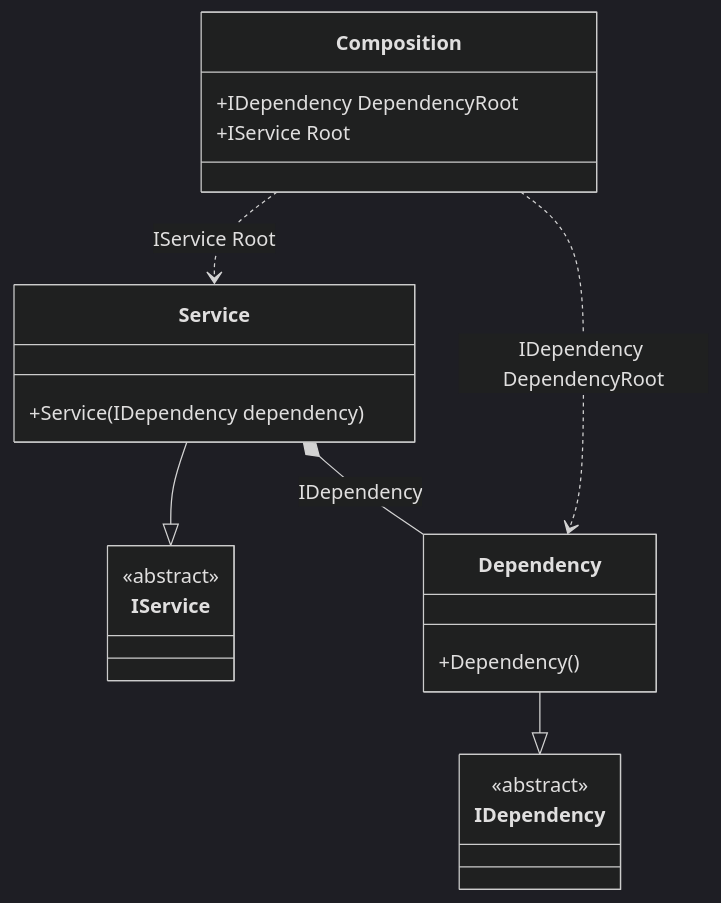
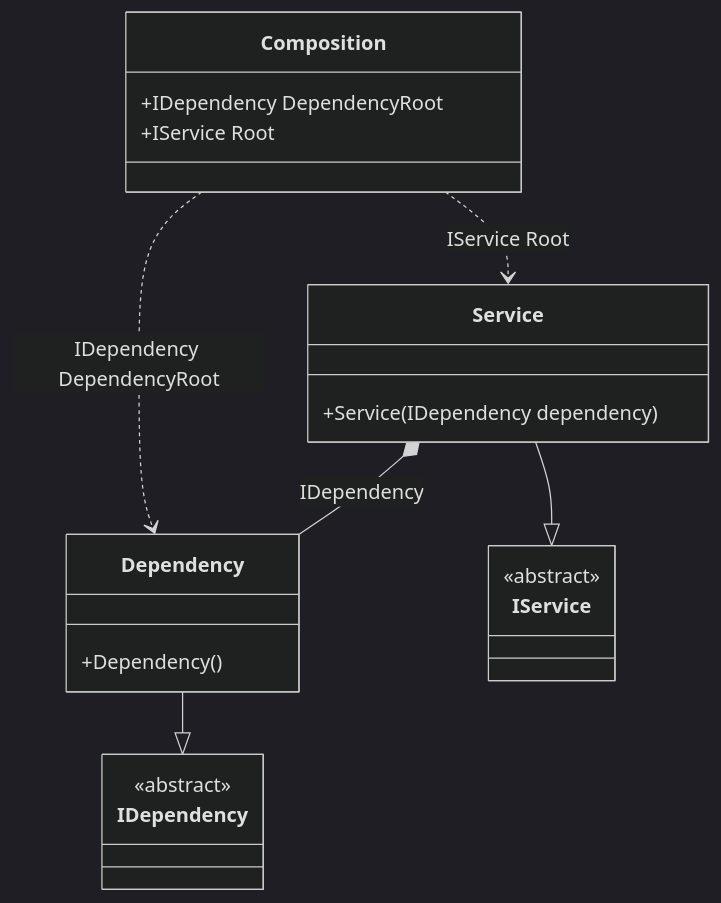
The diagram in readme/resolve-hint.md (DevTeam/Pure.DI), drawn with Mermaid (dark theme) before and after one commit. The commit also changed other lines of this file and 58 other files, not shown here.

Commit message:
Fixes an issue where overloaded bindings can be applied in the wrong sequence

````diff
--- a/readme/resolve-hint.md
+++ b/readme/resolve-hint.md
@@ -35,24 +35,24 @@
 ```mermaid
 classDiagram
   class Composition {
     +IDependency DependencyRoot
     +IService Root
   }
+  Dependency --|> IDependency : 
+  class Dependency {
+    +Dependency()
+  }
   Service --|> IService : 
   class Service {
     +Service(IDependency dependency)
   }
-  Dependency --|> IDependency : 
-  class Dependency {
-    +Dependency()
+  class IDependency {
+    <<abstract>>
   }
   class IService {
-    <<abstract>>
-  }
-  class IDependency {
     <<abstract>>
   }
   Service *--  Dependency : IDependency
   Composition ..> Dependency : IDependency DependencyRoot
   Composition ..> Service : IService Root
 ```
````
